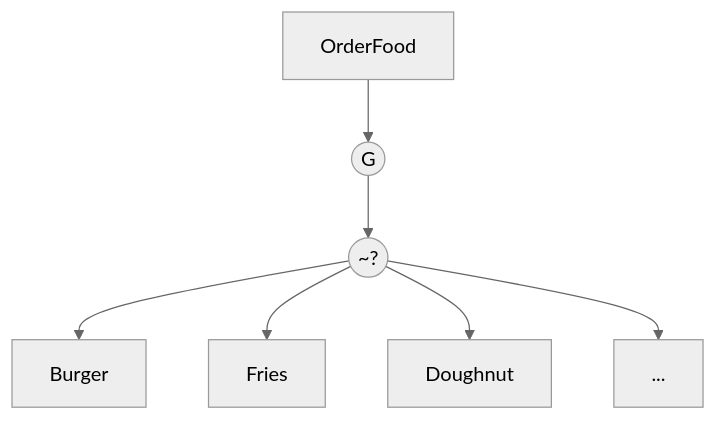
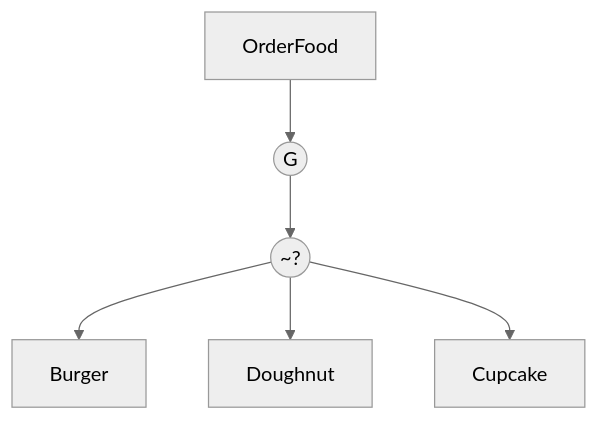
Before and after one commit to LauraWangQiu/IAV24-WangQiu: the second of 5 diagrams in README.md, drawn with Mermaid (neutral theme). The commit also changed other lines of this file, not shown here.

````diff
--- a/README.md
+++ b/README.md
@@ -85,9 +85,8 @@
 ```mermaid
 flowchart TD
     Z[OrderFood] -->A
     A(("G")) --> B(("~?"))
     B -->C[Burger]
-    B -->D[Fries]
-    B -->E[Doughnut]
-    B -->F[...]
+    B -->D[Doughnut]
+    B -->E[Cupcake]
 ```
````
